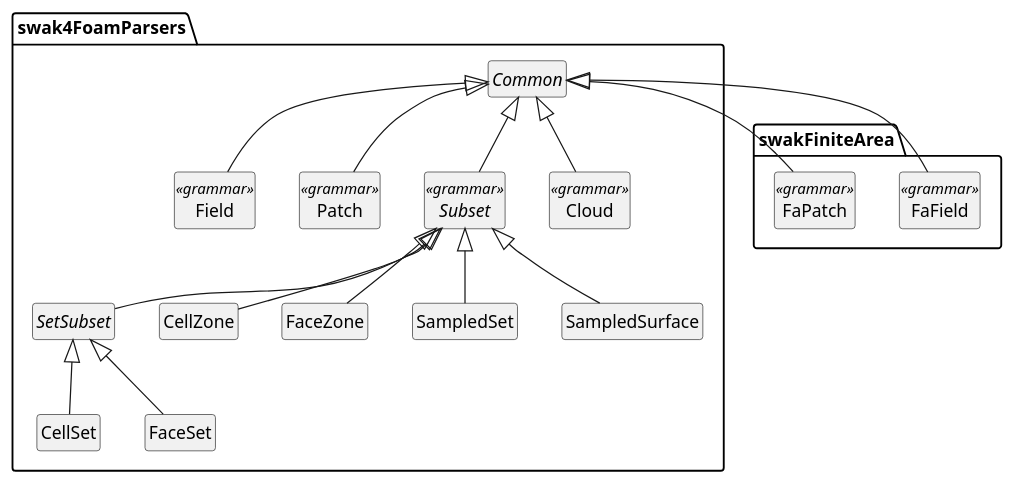
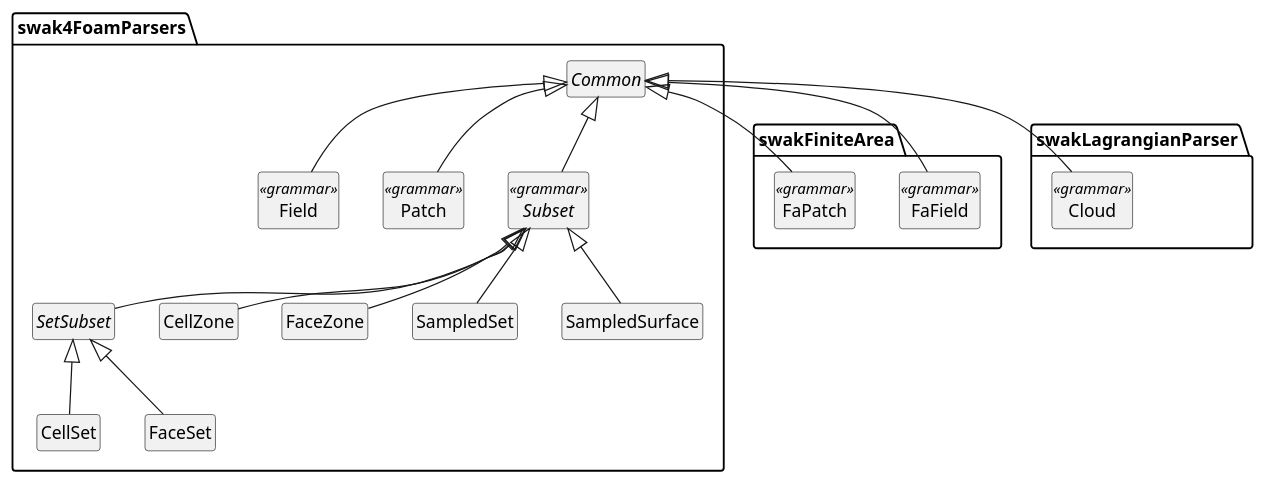
The second of 2 diagrams in Documentation/swak4FoamReference.org (Unofficial-Extend-Project-Mirror/openfoam-extend-swak4Foam-dev), drawn with PlantUML before and after one commit. The commit also changed 2 other files, not shown here.

Commit message:
Correct Diagram

```diff
--- a/Documentation/swak4FoamReference.org
+++ b/Documentation/swak4FoamReference.org
@@ -105,34 +105,38 @@
 #+begin_src plantuml :file parserRelationships.png
 package swak4FoamParsers {
 Common <|-- Field
 Common <|-- Patch
 Common <|-- Subset
 Subset <|-- SetSubset
 SetSubset <|-- CellSet
 Subset <|-- CellZone
 SetSubset <|-- FaceSet
 Subset <|-- FaceZone
 Subset <|-- SampledSet
 Subset <|-- SampledSurface
-Common <|-- Cloud
 
 class Field << grammar >>
 class Patch << grammar >>
-class Cloud << grammar >>
 abstract class Subset << grammar >>
 abstract class SetSubset
 abstract class Common
 }
 
 package swakFiniteArea {
 Common <|-- FaField
 Common <|-- FaPatch
 
 class FaField << grammar >>
 class FaPatch << grammar >>
 }
 
+package swakLagrangianParser {
+Common <|-- Cloud
+
+class Cloud << grammar >>
+}
+
 hide members
 hide circle
 
 #+end_src
```
